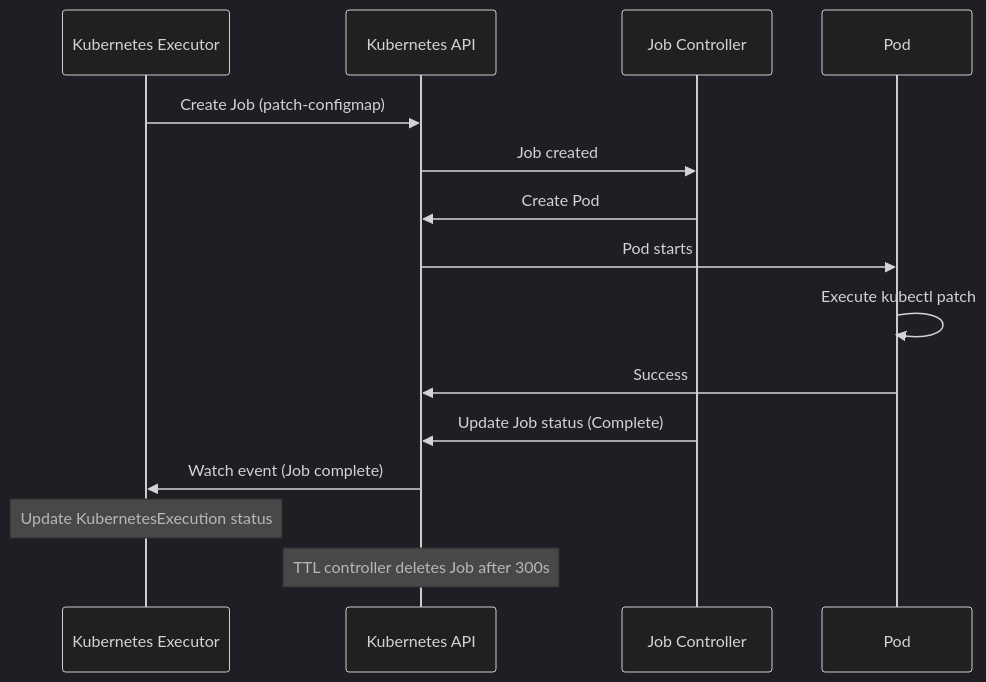
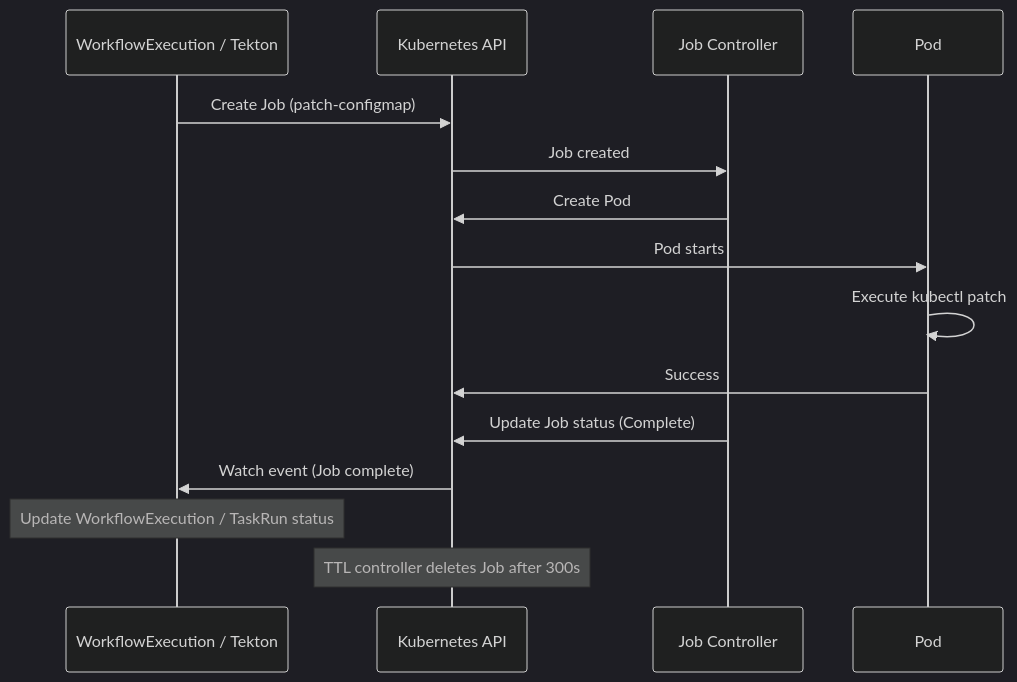
Before and after one commit to jordigilh/kubernaut: the second of 2 diagrams in docs/architecture/decisions/ADR-002-native-kubernetes-jobs.md, drawn with Mermaid (dark theme). The commit also changed other lines of this file and 63 other files, not shown here.

````diff
--- a/docs/architecture/decisions/ADR-002-native-kubernetes-jobs.md
+++ b/docs/architecture/decisions/ADR-002-native-kubernetes-jobs.md
@@ -204,19 +204,19 @@
 ```mermaid
 sequenceDiagram
-    participant KEC as Kubernetes Executor
+    participant WF as WorkflowExecution / Tekton
     participant K8S as Kubernetes API
     participant JOB as Job Controller
     participant POD as Pod
 
-    KEC->>K8S: Create Job (patch-configmap)
+    WF->>K8S: Create Job (patch-configmap)
     K8S->>JOB: Job created
     JOB->>K8S: Create Pod
     K8S->>POD: Pod starts
     POD->>POD: Execute kubectl patch
     POD->>K8S: Success
     JOB->>K8S: Update Job status (Complete)
-    K8S->>KEC: Watch event (Job complete)
-    Note over KEC: Update KubernetesExecution status
+    K8S->>WF: Watch event (Job complete)
+    Note over WF: Update WorkflowExecution / TaskRun status
 
     Note over K8S: TTL controller deletes Job after 300s
 ```
````
